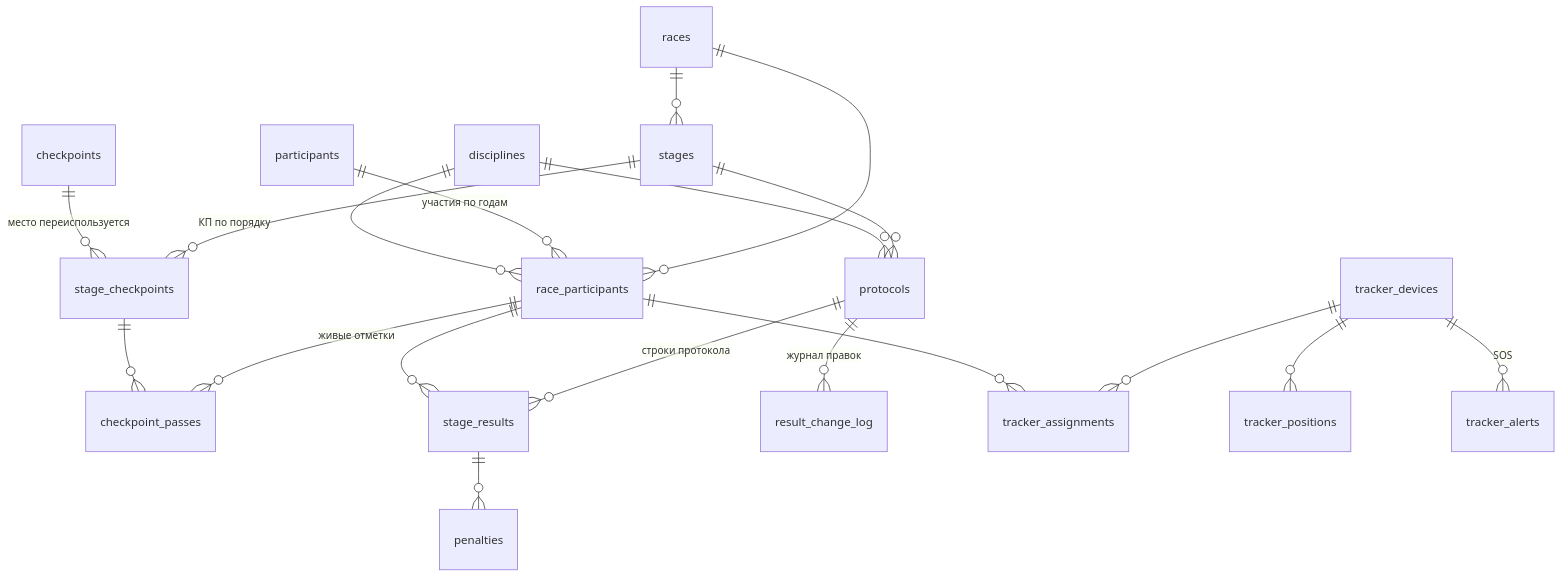
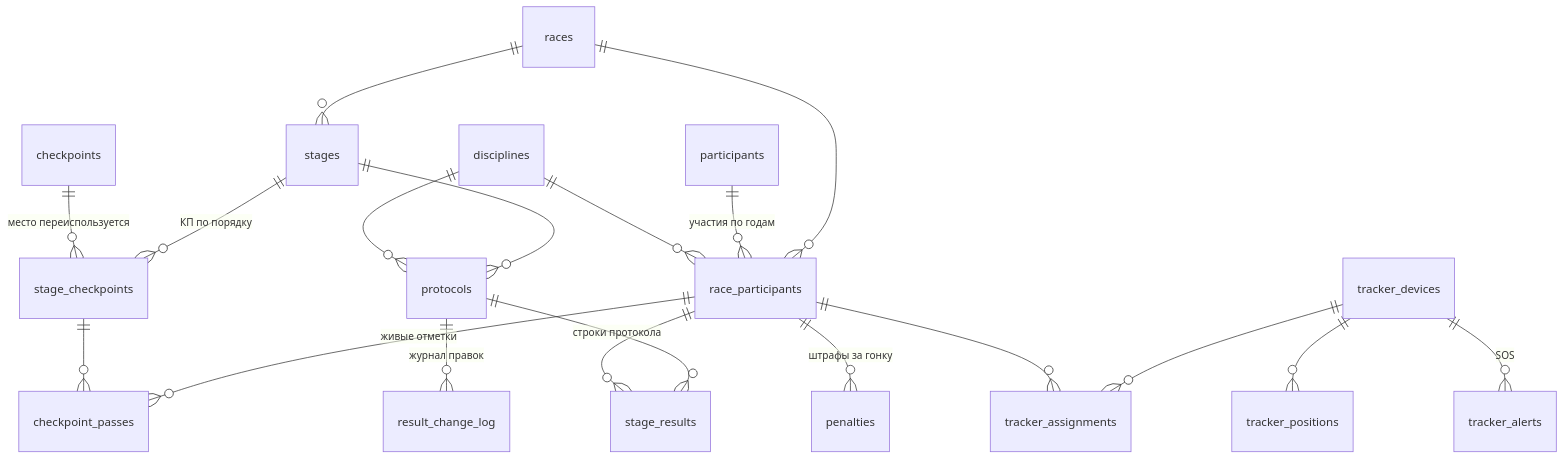
The diagram in docs/domain.md (giuliajp/Kamchatka), drawn with Mermaid before and after one commit. The commit also changed other lines of this file and 9 other files, not shown here.

````diff
--- a/docs/domain.md
+++ b/docs/domain.md
@@ -27,21 +28,21 @@
 ```mermaid
 erDiagram
     races ||--o{ stages : ""
     races ||--o{ race_participants : ""
     participants ||--o{ race_participants : "участия по годам"
     disciplines ||--o{ race_participants : ""
     stages ||--o{ stage_checkpoints : "КП по порядку"
     checkpoints ||--o{ stage_checkpoints : "место переиспользуется"
     race_participants ||--o{ checkpoint_passes : "живые отметки"
     stage_checkpoints ||--o{ checkpoint_passes : ""
     stages ||--o{ protocols : ""
     disciplines ||--o{ protocols : ""
     protocols ||--o{ stage_results : "строки протокола"
     race_participants ||--o{ stage_results : ""
-    stage_results ||--o{ penalties : ""
+    race_participants ||--o{ penalties : "штрафы за гонку"
     protocols ||--o{ result_change_log : "журнал правок"
     tracker_devices ||--o{ tracker_assignments : ""
     race_participants ||--o{ tracker_assignments : ""
     tracker_devices ||--o{ tracker_positions : ""
     tracker_devices ||--o{ tracker_alerts : "SOS"
 ```
````
